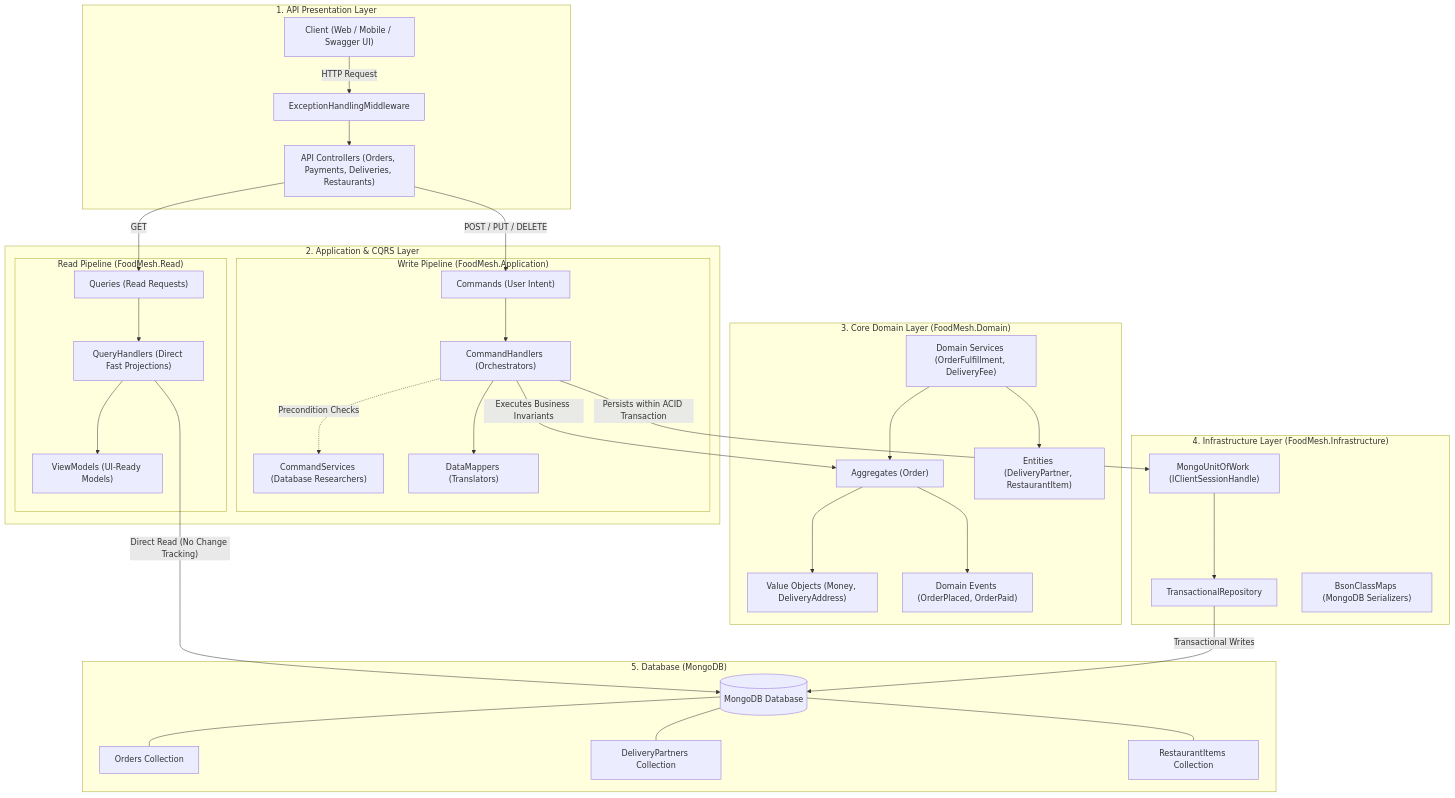
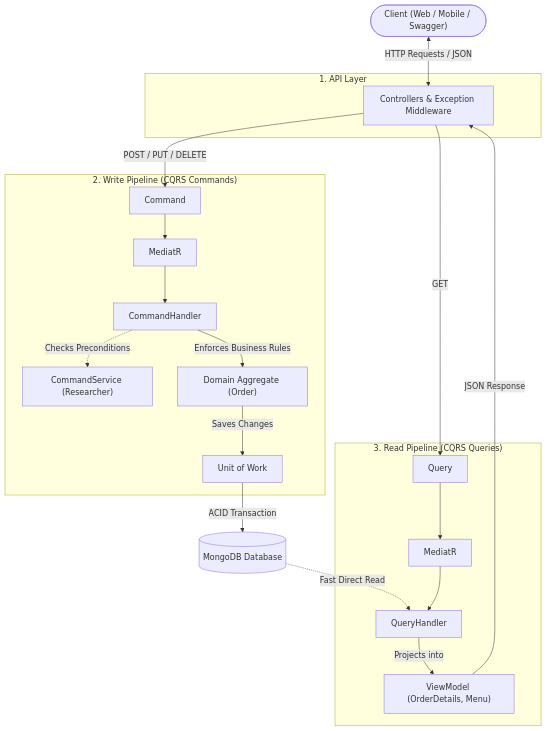
Before and after one commit to Pollock12/FoodMesh: the first of 3 diagrams in README.md, drawn with Mermaid.

Commit message:
feat: implementation

````diff
--- a/README.md
+++ b/README.md
@@ -11,69 +11,45 @@
 ```mermaid
 flowchart TD
-    subgraph Presentation["1. API Presentation Layer"]
-        Client["Client (Web / Mobile / Swagger UI)"]
-        Middleware["ExceptionHandlingMiddleware"]
-        Controllers["API Controllers (Orders, Payments, Deliveries, Restaurants)"]
-        Client -->|"HTTP Request"| Middleware
-        Middleware --> Controllers
+    Client(["Client (Web / Mobile / Swagger)"])
+
+    subgraph API["1. API Layer"]
+        Controllers["Controllers & Exception Middleware"]
     end
 
-    subgraph Application["2. Application & CQRS Layer"]
-        subgraph WriteSide["Write Pipeline (FoodMesh.Application)"]
-            Commands["Commands (User Intent)"]
-            Handlers["CommandHandlers (Orchestrators)"]
-            Researchers["CommandServices (Database Researchers)"]
-            Mappers["DataMappers (Translators)"]
-            Commands --> Handlers
-            Handlers -.->|"Precondition Checks"| Researchers
-            Handlers --> Mappers
-        end
+    Client <-->|"HTTP Requests / JSON"| Controllers
 
-        subgraph ReadSide["Read Pipeline (FoodMesh.Read)"]
-            Queries["Queries (Read Requests)"]
-            QHandlers["QueryHandlers (Direct Fast Projections)"]
-            ViewModels["ViewModels (UI-Ready Models)"]
-            Queries --> QHandlers
-            QHandlers --> ViewModels
-        end
+    subgraph WritePipeline["2. Write Pipeline (CQRS Commands)"]
+        Command["Command"]
+        MediatR_W["MediatR"]
+        Handler["CommandHandler"]
+        Service["CommandService (Researcher)"]
+        Domain["Domain Aggregate (Order)"]
+        UoW["Unit of Work"]
+
+        Command --> MediatR_W --> Handler
+        Handler -.->|"Checks Preconditions"| Service
+        Handler -->|"Enforces Business Rules"| Domain
+        Domain -->|"Saves Changes"| UoW
     end
 
-    subgraph Domain["3. Core Domain Layer (FoodMesh.Domain)"]
-        Aggregates["Aggregates (Order)"]
-        Entities["Entities (DeliveryPartner, RestaurantItem)"]
-        ValueObjects["Value Objects (Money, DeliveryAddress)"]
-        DomainServices["Domain Services (OrderFulfillment, DeliveryFee)"]
-        DomainEvents["Domain Events (OrderPlaced, OrderPaid)"]
-        Aggregates --> ValueObjects
-        Aggregates --> DomainEvents
+    subgraph ReadPipeline["3. Read Pipeline (CQRS Queries)"]
+        Query["Query"]
+        MediatR_R["MediatR"]
+        QHandler["QueryHandler"]
+        ViewModel["ViewModel (OrderDetails, Menu)"]
+
+        Query --> MediatR_R --> QHandler
+        QHandler -->|"Projects into"| ViewModel
     end
 
-    subgraph Infrastructure["4. Infrastructure Layer (FoodMesh.Infrastructure)"]
-        UoW["MongoUnitOfWork (IClientSessionHandle)"]
-        Repos["TransactionalRepository"]
-        BsonMaps["BsonClassMaps (MongoDB Serializers)"]
-        UoW --> Repos
-    end
+    Database[("MongoDB Database")]
 
-    subgraph Database["5. Database (MongoDB)"]
-        MongoDb[(MongoDB Database)]
-        OrdersColl["Orders Collection"]
-        PartnersColl["DeliveryPartners Collection"]
-        ItemsColl["RestaurantItems Collection"]
-        MongoDb --- OrdersColl
-        MongoDb --- PartnersColl
-        MongoDb --- ItemsColl
-    end
+    %% Routing
+    Controllers -->|"POST / PUT / DELETE"| Command
+    Controllers -->|"GET"| Query
+    ViewModel -->|"JSON Response"| Controllers
 
-    %% Cross-layer connections
-    Controllers -->|"POST / PUT / DELETE"| Commands
-    Controllers -->|"GET"| Queries
-
-    Handlers -->|"Executes Business Invariants"| Aggregates
-    Handlers -->|"Persists within ACID Transaction"| UoW
-    DomainServices --> Aggregates
-    DomainServices --> Entities
-
-    QHandlers -->|"Direct Read (No Change Tracking)"| MongoDb
-    Repos -->|"Transactional Writes"| MongoDb
+    %% Data access
+    UoW -->|"ACID Transaction"| Database
+    Database -.->|"Fast Direct Read"| QHandler
 ```
````
